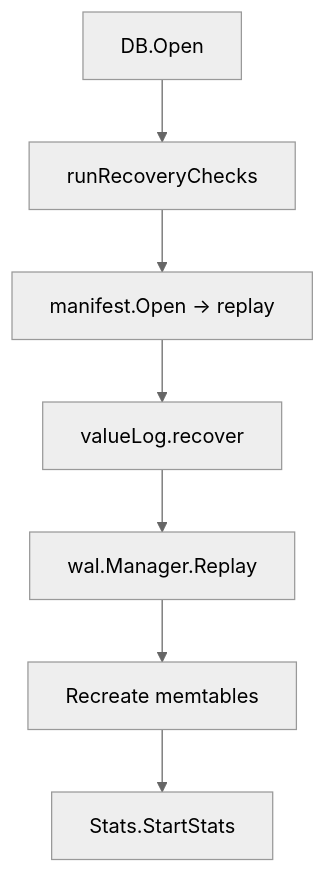
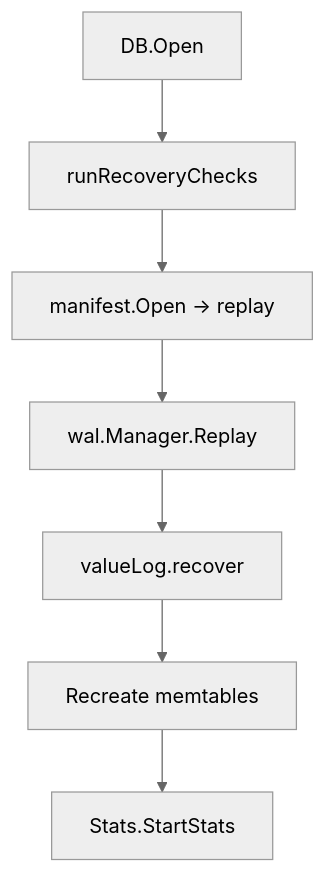
One commit to feichai0017/NoKV changed the diagram in docs/recovery.md. Above: the diagram before and after it, drawn with Mermaid (neutral theme). The commit also changed other lines of this file and 10 other files, not shown here.

````diff
--- a/docs/recovery.md
+++ b/docs/recovery.md
@@ -9,12 +9,12 @@
 ```mermaid
 flowchart TD
     Start[DB.Open]
     Verify[runRecoveryChecks]
     Manifest[manifest.Open → replay]
+    WAL[wal.Manager.Replay]
     VLog[valueLog.recover]
-    WAL[wal.Manager.Replay]
     Flush[Recreate memtables]
     Stats[Stats.StartStats]
 
-    Start --> Verify --> Manifest --> VLog --> WAL --> Flush --> Stats
+    Start --> Verify --> Manifest --> WAL --> VLog --> Flush --> Stats
 ```
````
